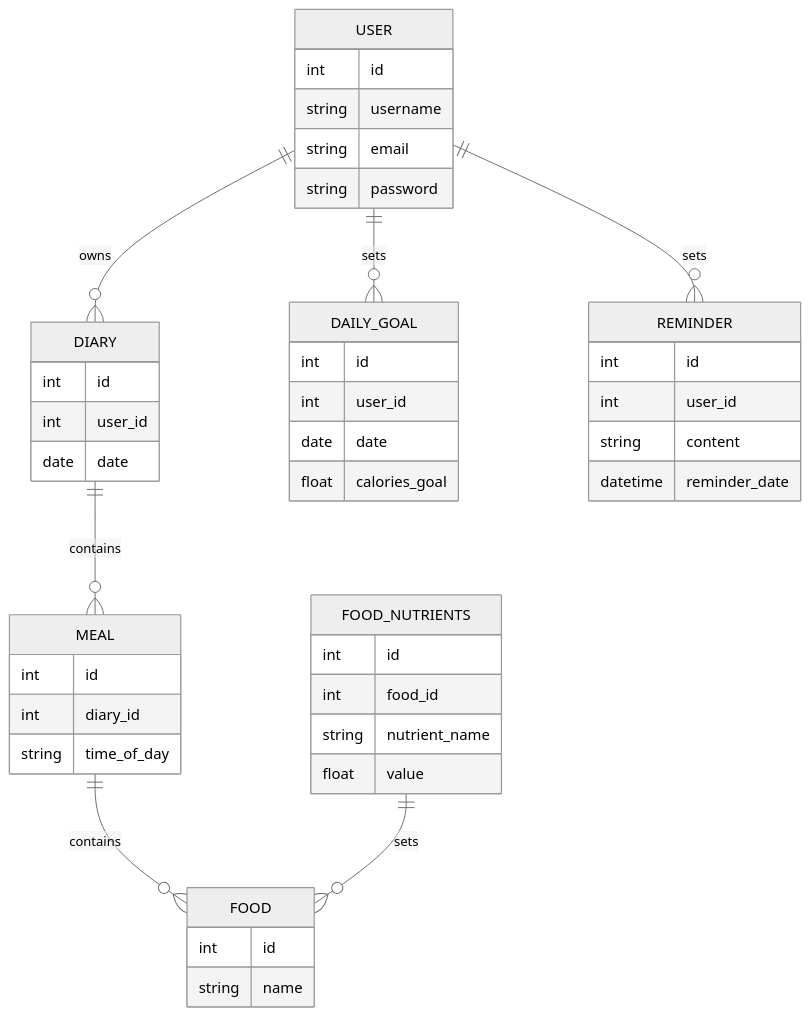
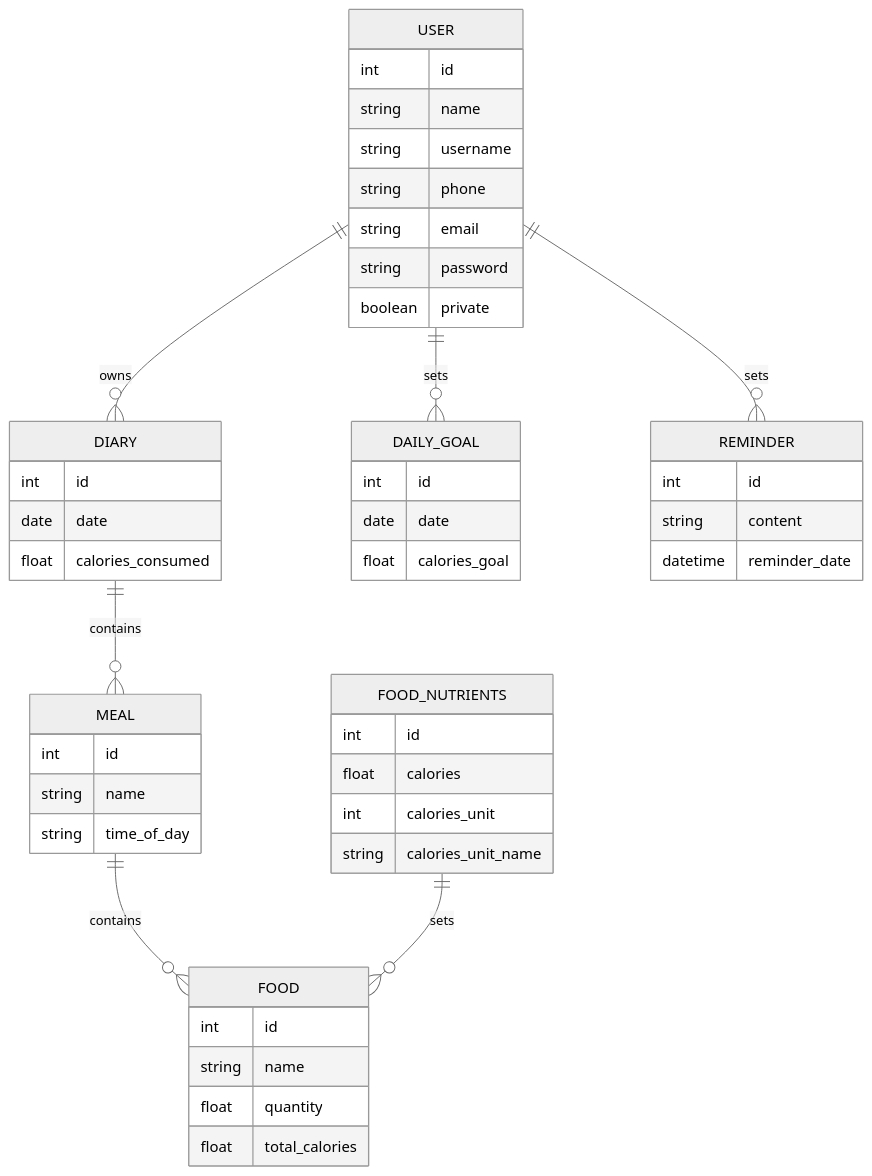
Before and after one commit to ICEI-PUC-Minas-PMV-ADS/pmv-ads-2023-2-e3-proj-mov-t3-time4-fit: the second of 2 diagrams in docs/05-Arquitetura da Solução.md, drawn with Mermaid (neutral theme).

Commit message:
Update 05-Arquitetura da Solução.md

````diff
--- a/docs/05-Arquitetura da Solução.md
+++ b/docs/05-Arquitetura da Solução.md
@@ -85,50 +85,54 @@
 ```mermaid
+
 
 erDiagram
   USER {
       int id
+      string name
       string username
+      string phone
       string email
       string password
+      boolean private
   }
   DIARY {
       int id
-      int user_id
       date date
+      float calories_consumed
   }
   MEAL {
       int id
-      int diary_id
+      string name
       string time_of_day
   }
   FOOD {
       int id
       string name
+      float quantity
+      float total_calories
   }
   FOOD_NUTRIENTS {
       int id
-      int food_id
-      string nutrient_name
-      float value
+      float calories
+      int calories_unit
+      string calories_unit_name
   }
   DAILY_GOAL {
       int id
-      int user_id
       date date
       float calories_goal
   }
   REMINDER {
       int id
-      int user_id
       string content
       datetime reminder_date
   }
 
 USER ||--o{ DIARY : owns
 DIARY ||--o{ MEAL : contains
 MEAL ||--o{ FOOD : contains
 FOOD_NUTRIENTS ||--o{ FOOD : sets
 USER ||--o{ DAILY_GOAL : sets
 USER ||--o{ REMINDER : sets
 
 ```
````
